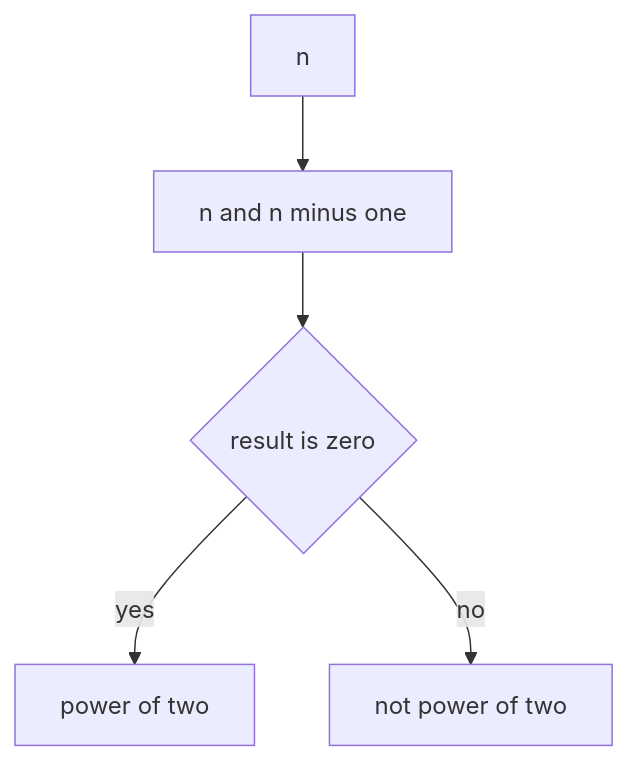
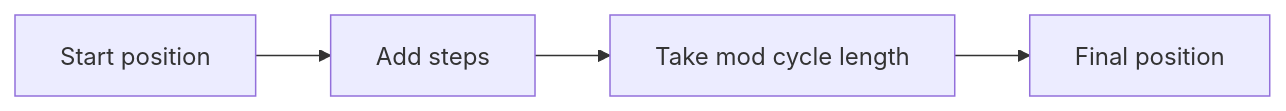
One commit to mthaiseer/springcloud-systemdesign-notes changed the third of 14 diagrams in CP_DSA_NOTES/000_MATH/001_cp_maths_basics.md. Above: the diagram before and after it, drawn with Mermaid. The commit also changed other lines of this file and 1 other file, not shown here.

````diff
--- a/CP_DSA_NOTES/000_MATH/001_cp_maths_basics.md
+++ b/CP_DSA_NOTES/000_MATH/001_cp_maths_basics.md
@@ -74,7 +70,6 @@
 ```mermaid
-flowchart TD
-    A[n] --> B[n and n minus one]
-    B --> C{result is zero}
-    C -->|yes| D[power of two]
-    C -->|no| E[not power of two]
+flowchart LR
+    A[Start position] --> B[Add steps]
+    B --> C[Take mod cycle length]
+    C --> D[Final position]
 ```
````
